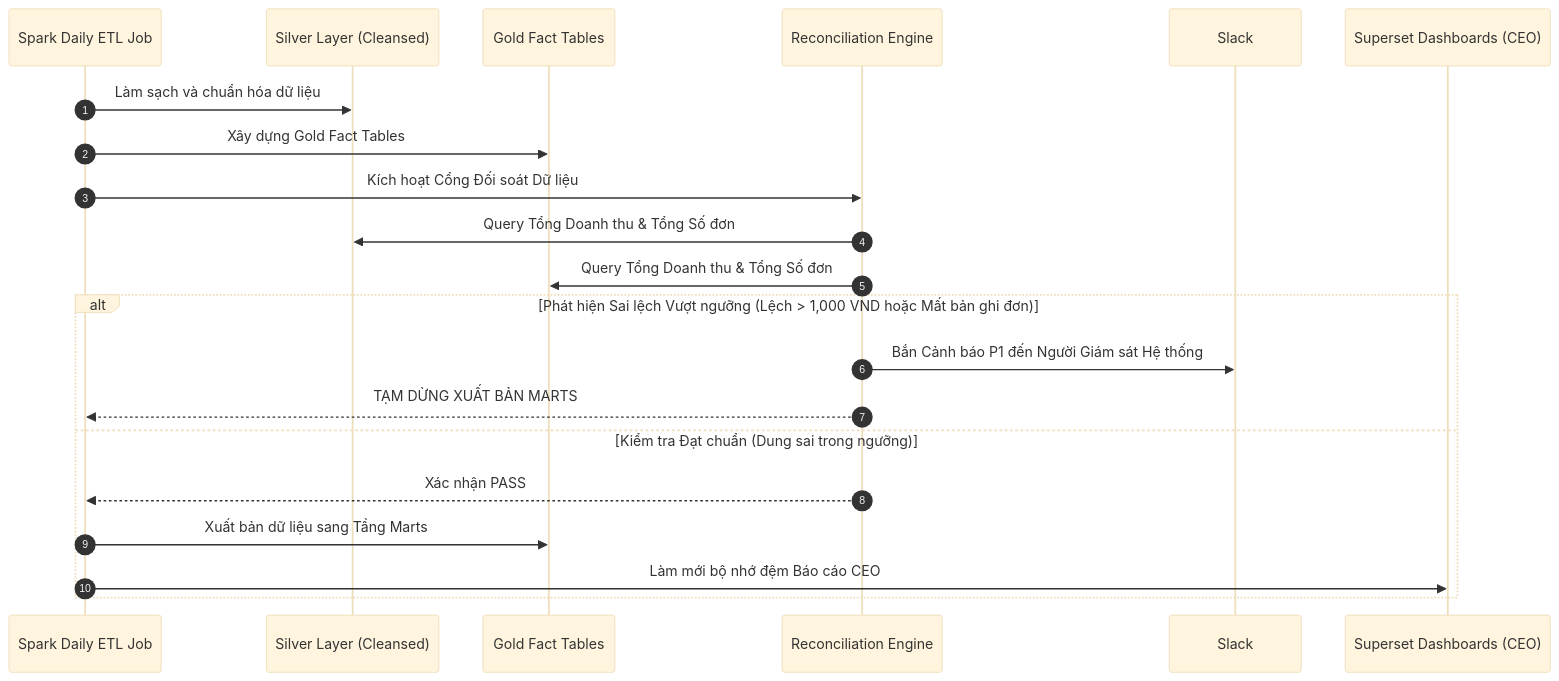
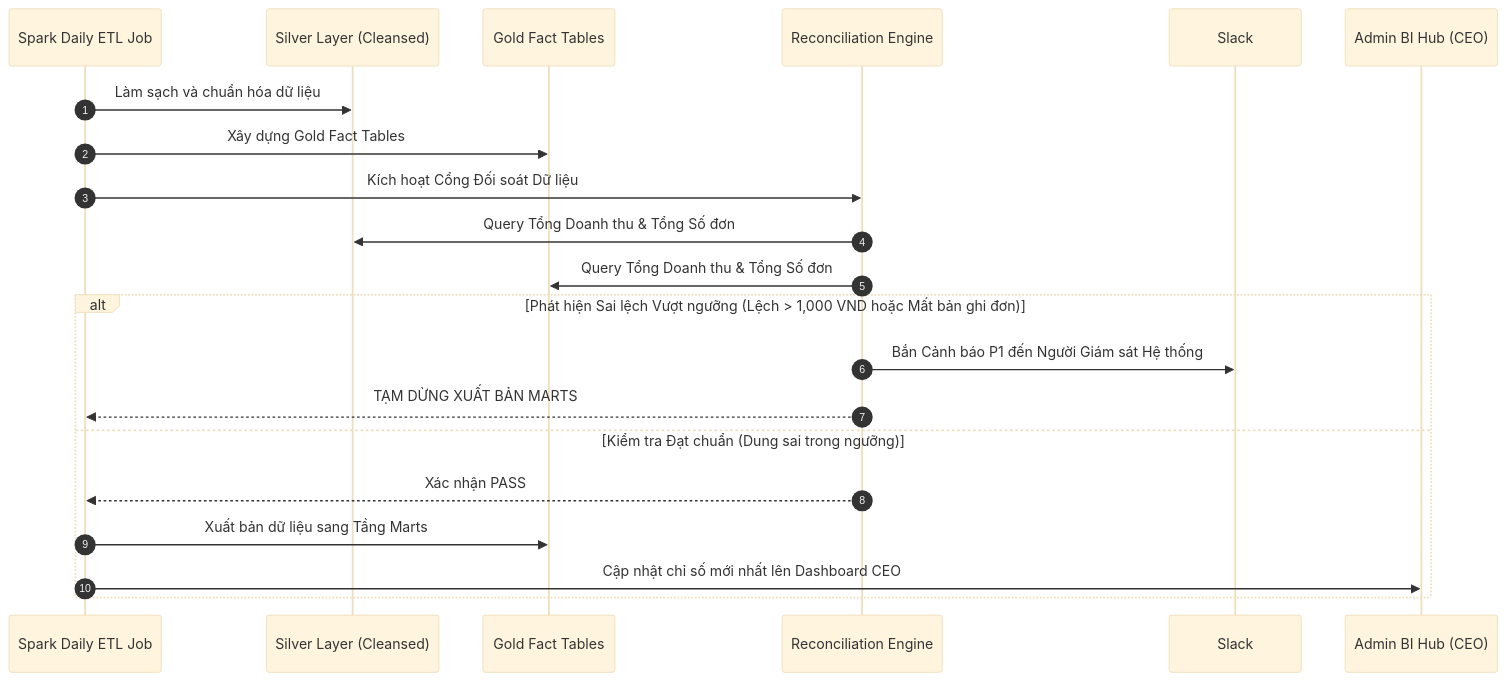
The fifth of 6 diagrams in docs/architecture/MANAGEMENT_INFO_TECHNICAL_SPEC.md (DanhTrannn/TLCN), drawn with Mermaid (base theme) before and after one commit. The commit also changed other lines of this file and 8 other files, not shown here.

````diff
--- a/docs/architecture/MANAGEMENT_INFO_TECHNICAL_SPEC.md
+++ b/docs/architecture/MANAGEMENT_INFO_TECHNICAL_SPEC.md
@@ -491,26 +489,26 @@
 ```mermaid
 sequenceDiagram
     autonumber
     participant Spark as Spark Daily ETL Job
     participant Silver as Silver Layer (Cleansed)
     participant Gold as Gold Fact Tables
     participant Gate as Reconciliation Engine
     participant Alert as Slack #data-quality-alerts
-    participant Superset as Superset Dashboards (CEO)
+    participant Hub as Admin BI Hub (CEO)
 
     Spark->>Silver: Làm sạch và chuẩn hóa dữ liệu
     Spark->>Gold: Xây dựng Gold Fact Tables
     Spark->>Gate: Kích hoạt Cổng Đối soát Dữ liệu
     
     Gate->>Silver: Query Tổng Doanh thu & Tổng Số đơn
     Gate->>Gold: Query Tổng Doanh thu & Tổng Số đơn
     
     alt Phát hiện Sai lệch Vượt ngưỡng (Lệch > 1,000 VND hoặc Mất bản ghi đơn)
         Gate->>Alert: Bắn Cảnh báo P1 đến Người Giám sát Hệ thống
         Gate-->>Spark: TẠM DỪNG XUẤT BẢN MARTS
     else Kiểm tra Đạt chuẩn (Dung sai trong ngưỡng)
         Gate-->>Spark: Xác nhận PASS
         Spark->>Gold: Xuất bản dữ liệu sang Tầng Marts
-        Spark->>Superset: Làm mới bộ nhớ đệm Báo cáo CEO
+        Spark->>Hub: Cập nhật chỉ số mới nhất lên Dashboard CEO
     end
 ```
````
